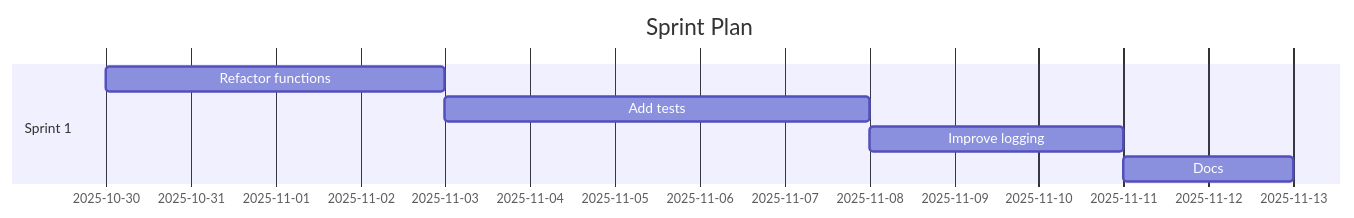
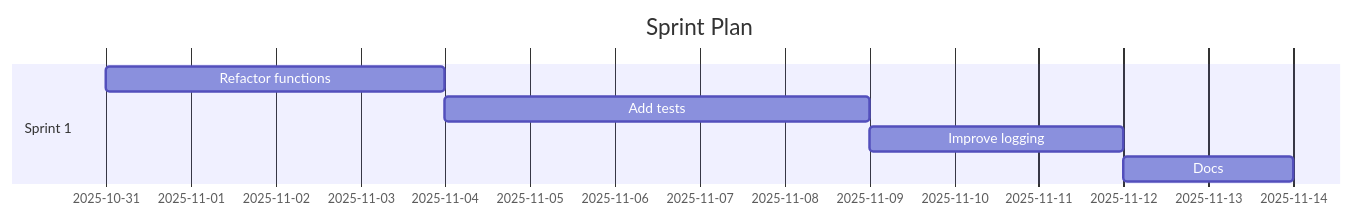
The diagram in demos/demo-code-analysis.sprint.md (Anselmoo/mcp-ai-agent-guidelines), drawn with Mermaid before and after one commit. The commit also changed other lines of this file and 23 other files, not shown here.

````diff
--- a/demos/demo-code-analysis.sprint.md
+++ b/demos/demo-code-analysis.sprint.md
@@ -59,11 +59,11 @@
 ```mermaid
 gantt
 	dateFormat  YYYY-MM-DD
 	title Sprint Plan
 %% Accessibility: Title=Project Sprint Plan; Description=Gantt chart of sprints and tasks over time. %%
   section Sprint 1
-  Refactor functions :s1t0, 2025-10-30, 4d
-  Add tests :s1t1, 2025-11-03, 5d
-  Improve logging :s1t2, 2025-11-08, 3d
-  Docs :s1t3, 2025-11-11, 2d
+  Refactor functions :s1t0, 2025-10-31, 4d
+  Add tests :s1t1, 2025-11-04, 5d
+  Improve logging :s1t2, 2025-11-09, 3d
+  Docs :s1t3, 2025-11-12, 2d
 ```
````
